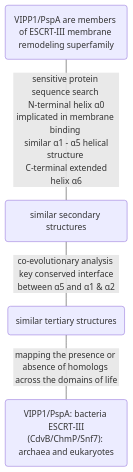
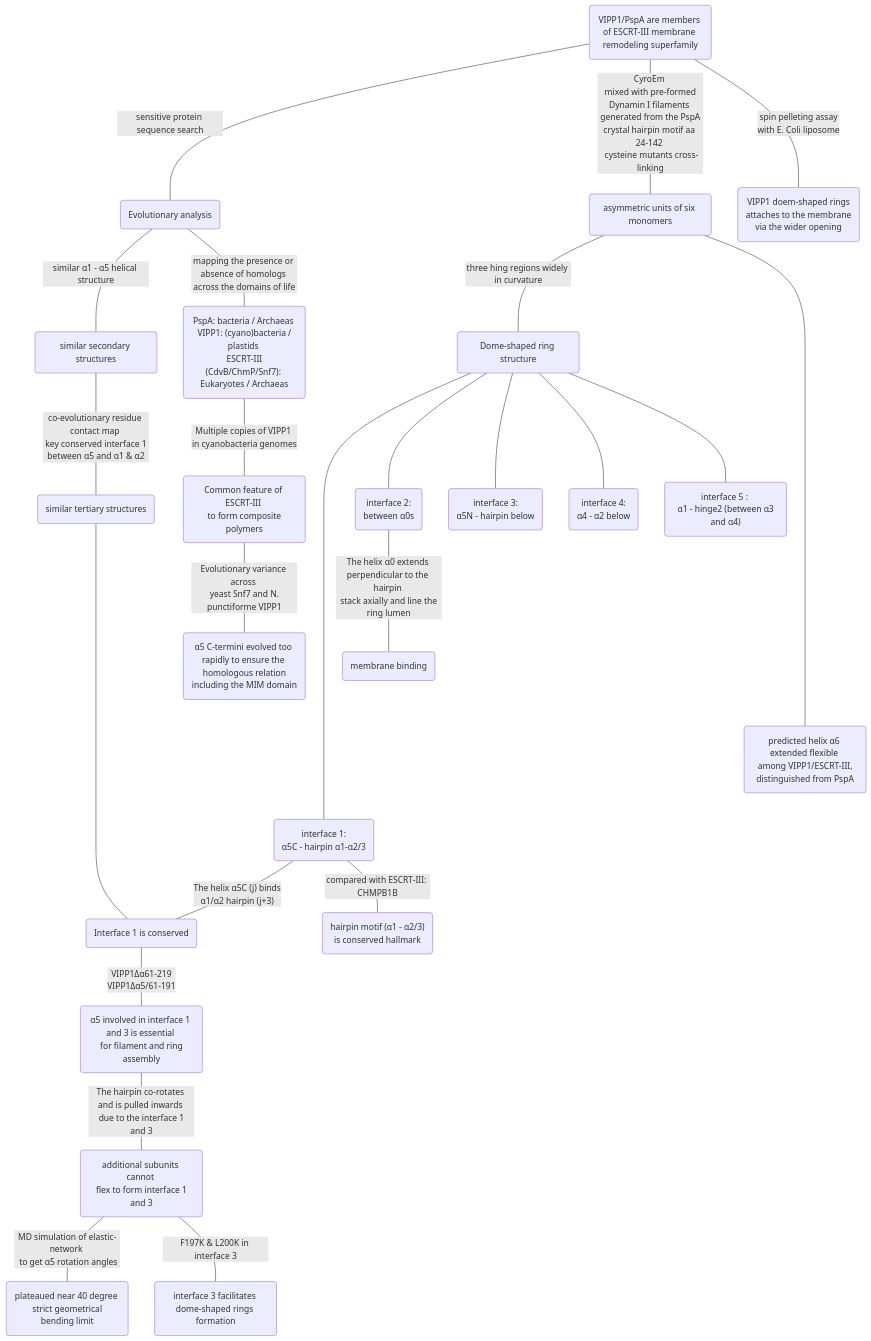
Before and after one commit to psichen/psichen.github.io: the fifth of 6 diagrams in source/resources/mindmap/VIPP1.md, drawn with Mermaid. The commit also changed other lines of this file and 1 other file, not shown here.

````diff
--- a/source/resources/mindmap/VIPP1.md
+++ b/source/resources/mindmap/VIPP1.md
@@ -49,12 +126,65 @@
 ```mermaid
 flowchart TB
+
+%% OBJECTS==================================================
 theme(VIPP1/PspA are members of ESCRT-III membrane remodeling superfamily)
 
+evolutionary(Evolutionary analysis)
 secondary(similar secondary structures)
 tertiary(similar tertiary structures)
-phylogenetic("VIPP1/PspA: bacteria \n ESCRT-III (CdvB/ChmP/Snf7): archaea and eukaryotes")
+phylogenetic("PspA: bacteria / Archaeas \n VIPP1: (cyano)bacteria / plastids \n ESCRT-III (CdvB/ChmP/Snf7): Eukaryotes / Archaeas")
+multipleCopies(Common feature of ESCRT-III \n to form composite polymers)
+evolutionaryVariance(α5 C-termini evolved too rapidly to ensure the \n homologous relation including the MIM domain)
 
-theme --- |sensitive protein sequence search \n N-terminal helix α0 implicated in membrane binding \n similar α1 - α5 helical structure \n C-terminal extended helix α6| secondary
-secondary --- |co-evolutionary analysis \n key conserved interface between α5 and α1 & α2| tertiary
-tertiary --- |mapping the presence or absence of homologs across the domains of life| phylogenetic
+asymmetricUnit(asymmetric units of six monomers)
+structure(Dome-shaped ring structure)
+interface1(interface 1: \n α5C - hairpin α1-α2/3)
+interface2(interface 2: \n between α0s)
+interface3(interface 3: \n α5N - hairpin below)
+interface4(interface 4: \n α4 - α2 below)
+interface5("interface 5 : \n α1 - hinge2 (between α3 and α4)")
+
+alpha0(membrane binding)
+
+alpha5(Interface 1 is conserved)
+assemblyEssential(α5 involved in interface 1 and 3 is essential \n for filament and ring assembly)
+co-rotate(additional subunits cannot \n flex to form interface 1 and 3)
+geometricLimit(plateaued near 40 degree \n strict geometrical bending limit)
+domeFaciliated(interface 3 facilitates dome-shaped rings formation)
+
+hairpin("hairpin motif (α1 - α2/3) \n is conserved hallmark")
+alpha6(predicted helix α6 extended flexible \n among VIPP1/ESCRT-III, distinguished from PspA)
+
+membraneRemodeling(VIPP1 doem-shaped rings \n attaches to the membrane \n via the wider opening)
+
+
+%% RELATIONS==================================================
+theme --- |sensitive protein sequence search| evolutionary
+evolutionary --- |similar α1 - α5 helical structure| secondary
+secondary --- |co-evolutionary residue contact map \n key conserved interface 1 between α5 and α1 & α2| tertiary
+evolutionary --- |mapping the presence or absence of homologs across the domains of life| phylogenetic
+phylogenetic --- |Multiple copies of VIPP1 in cyanobacteria genomes| multipleCopies
+multipleCopies --- |Evolutionary variance across \n yeast Snf7 and N. punctiforme VIPP1| evolutionaryVariance
+
+theme --- |CyroEm \n mixed with pre-formed Dynamin I filaments \n generated from the PspA crystal hairpin motif aa 24-142 \n cysteine mutants cross-linking| asymmetricUnit
+asymmetricUnit ---|three hing regions widely in curvature| structure
+structure ------ interface1
+structure --- interface2
+structure --- interface3
+structure --- interface4
+structure --- interface5
+asymmetricUnit ------ alpha6
+
+interface1 --- |"The helix α5C (j) binds \n α1/α2 hairpin (j+3)"| alpha5
+alpha5 --- |VIPP1Δα61-219 \n VIPP1Δα5/61-191| assemblyEssential
+assemblyEssential --- |The hairpin co-rotates and is pulled inwards \n due to the interface 1 and 3| co-rotate
+co-rotate --- |MD simulation of elastic-network \n to get α5 rotation angles| geometricLimit
+co-rotate --- |F197K & L200K in interface 3| domeFaciliated
+
+interface1 --- |compared with ESCRT-III: CHMPB1B| hairpin
+interface2 --- |The helix α0 extends perpendicular to the hairpin \n stack axially and line the ring lumen| alpha0
+
+theme --- |spin pelleting assay \n with E. Coli liposome| membraneRemodeling
+
+tertiary ------ alpha5
 ```
````
